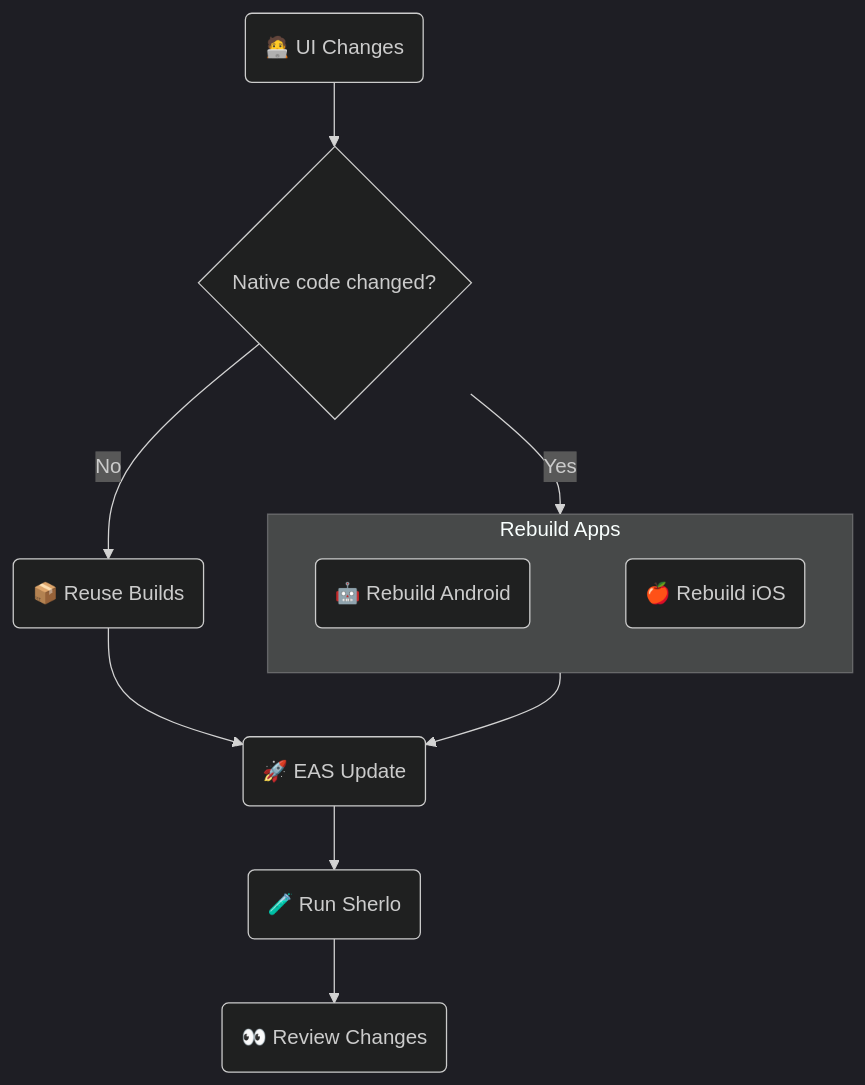
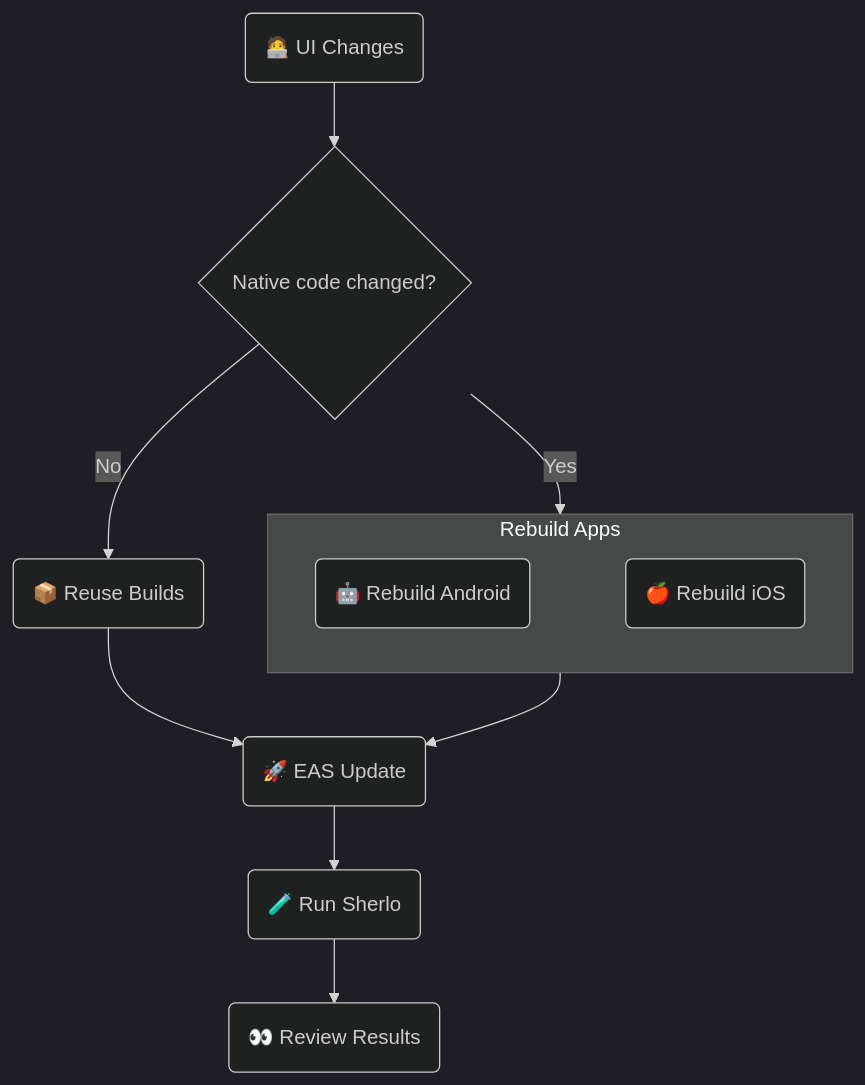
Before and after one commit to sherlo-io/sherlo: the diagram in examples/eas-update/README.md, drawn with Mermaid (dark theme). The commit also changed 1 other file, not shown here.

Commit message:
no message

````diff
--- a/examples/eas-update/README.md
+++ b/examples/eas-update/README.md
@@ -11,21 +11,21 @@
 ```mermaid
 flowchart TB
    UI(🧑‍💻 UI Changes)
    Check{Native code changed?}
    Reuse(📦 Reuse Builds)
    subgraph Rebuild[Rebuild Apps]
       Android(🤖 Rebuild Android)
       iOS(🍎 Rebuild iOS)
       Android ~~~ iOS
    end
    Update(🚀 EAS Update)
    Sherlo(🧪 Run Sherlo)
-   Review(👀 Review Changes)
+   Review(👀 Review Results)
 
    UI --> Check
    Check -->|No| Reuse
    Check -->|Yes| Rebuild
    Reuse & Rebuild --> Update
    Update --> Sherlo
    Sherlo --> Review
 ```
````
